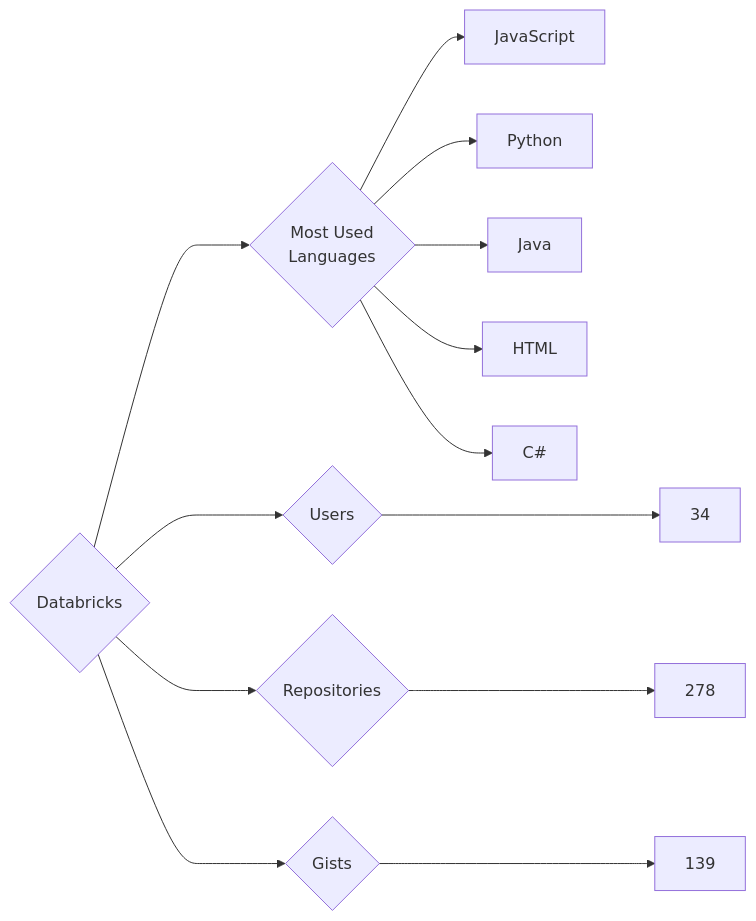
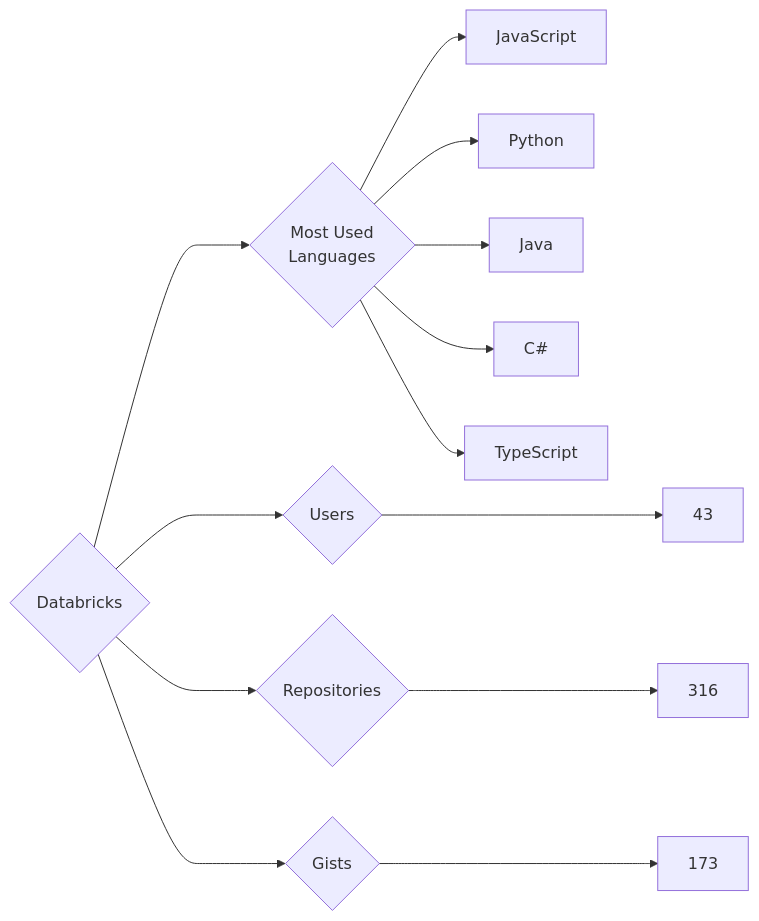
Before and after one commit to trickest/insiders: the diagram in targets/Databricks/README.md, drawn with Mermaid. The commit also changed 749 other files, not shown here.

````diff
--- a/targets/Databricks/README.md
+++ b/targets/Databricks/README.md
@@ -3,13 +3,13 @@
 ```mermaid
 graph LR
 COMPANY_NAME{Databricks}
-COMPANY_NAME ---> U{Users} ---> UN[34]
-COMPANY_NAME ---> R{Repositories} ---> RN[278]
-COMPANY_NAME ---> G{Gists} ---> GN[139]
+COMPANY_NAME ---> U{Users} ---> UN[43]
+COMPANY_NAME ---> R{Repositories} ---> RN[316]
+COMPANY_NAME ---> G{Gists} ---> GN[173]
 COMPANY_NAME ---> ML{Most Used<br>Languages}
 ML --> JavaScript[JavaScript]
 ML --> Python[Python]
 ML --> Java[Java]
-ML --> HTML[HTML]
 ML --> C#[C#]
+ML --> TypeScript[TypeScript]
 ```
````
